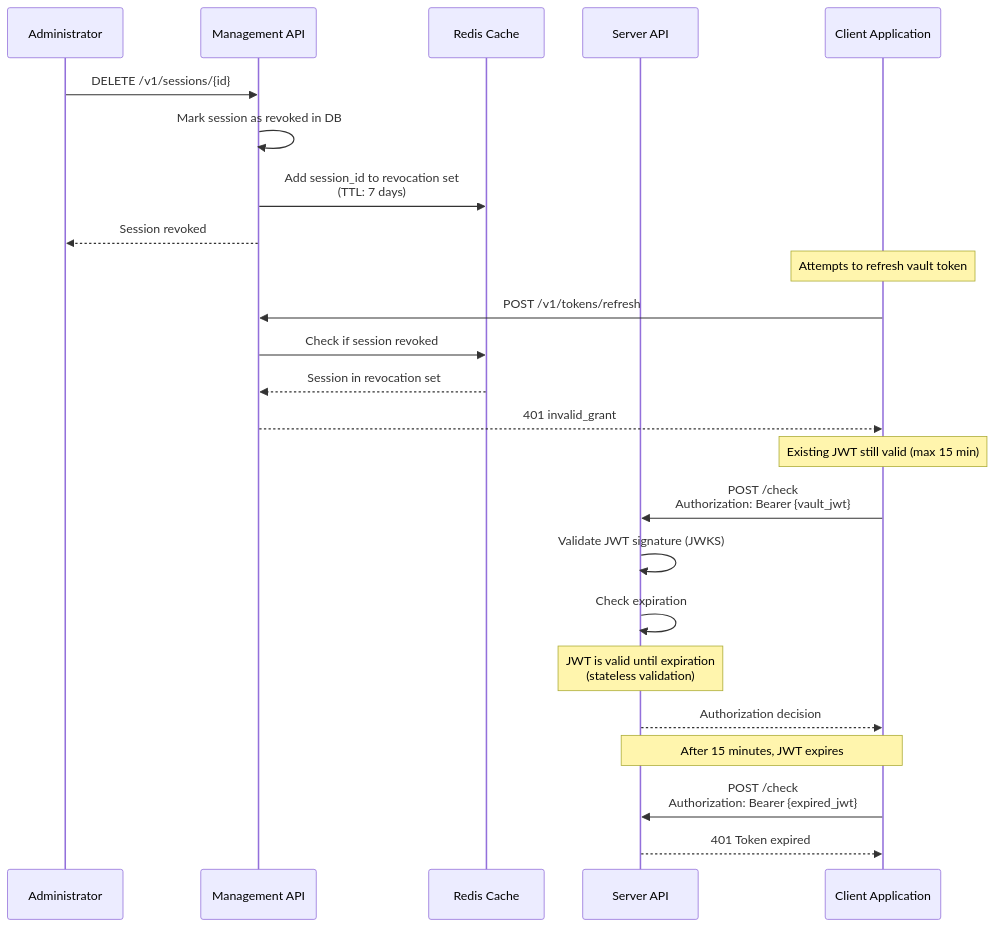
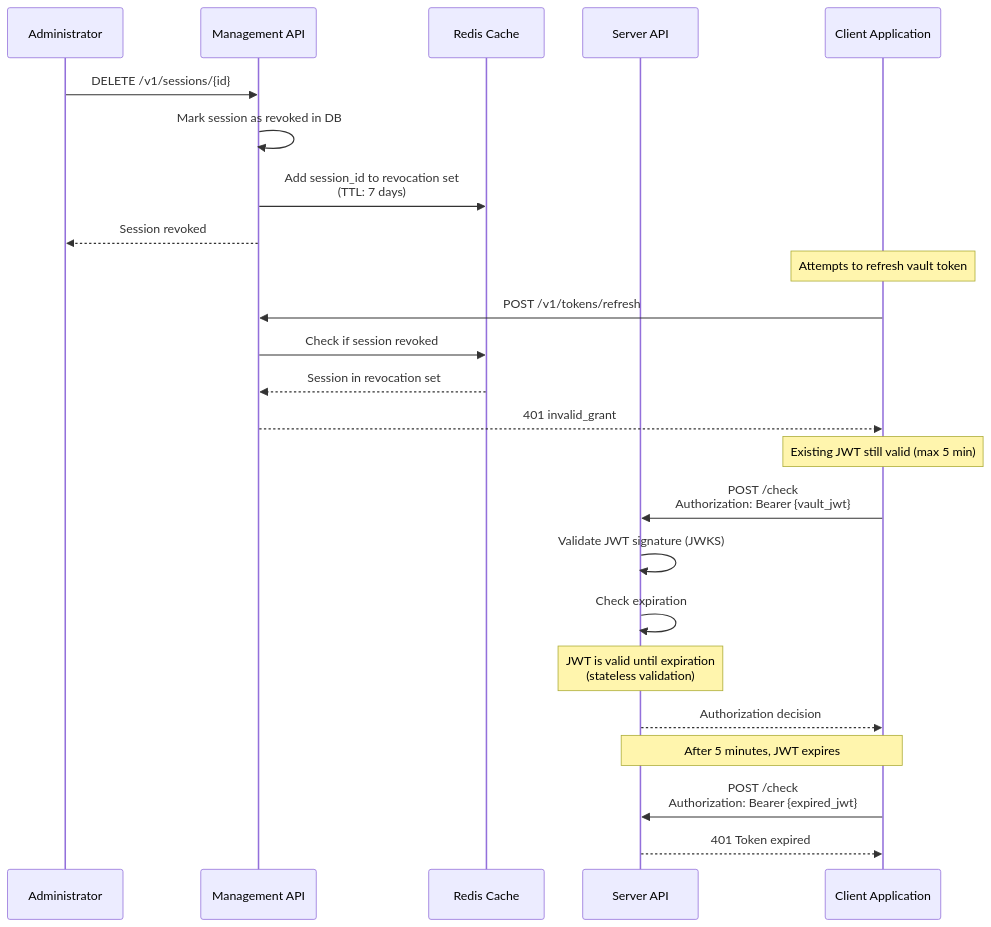
The seventh of 7 diagrams in docs/Authentication.md (inferadb/control), drawn with Mermaid before and after one commit. The commit also changed other lines of this file and 16 other files, not shown here.

````diff
--- a/docs/Authentication.md
+++ b/docs/Authentication.md
@@ -1074,33 +1074,33 @@
 ```mermaid
 sequenceDiagram
     participant Admin as Administrator
     participant MgmtAPI as Management API
     participant Redis as Redis Cache
     participant ServerAPI as Server API
     participant Client as Client Application
 
     Admin->>MgmtAPI: DELETE /v1/sessions/{id}
     MgmtAPI->>MgmtAPI: Mark session as revoked in DB
     MgmtAPI->>Redis: Add session_id to revocation set<br/>(TTL: 7 days)
     MgmtAPI-->>Admin: Session revoked
 
     Note over Client: Attempts to refresh vault token
 
     Client->>MgmtAPI: POST /v1/tokens/refresh
     MgmtAPI->>Redis: Check if session revoked
     Redis-->>MgmtAPI: Session in revocation set
     MgmtAPI-->>Client: 401 invalid_grant
 
-    Note over Client: Existing JWT still valid (max 15 min)
+    Note over Client: Existing JWT still valid (max 5 min)
 
     Client->>ServerAPI: POST /check<br/>Authorization: Bearer {vault_jwt}
     ServerAPI->>ServerAPI: Validate JWT signature (JWKS)
     ServerAPI->>ServerAPI: Check expiration
     Note over ServerAPI: JWT is valid until expiration<br/>(stateless validation)
     ServerAPI-->>Client: Authorization decision
 
-    Note over Client,ServerAPI: After 15 minutes, JWT expires
+    Note over Client,ServerAPI: After 5 minutes, JWT expires
 
     Client->>ServerAPI: POST /check<br/>Authorization: Bearer {expired_jwt}
     ServerAPI-->>Client: 401 Token expired
 ```
````
